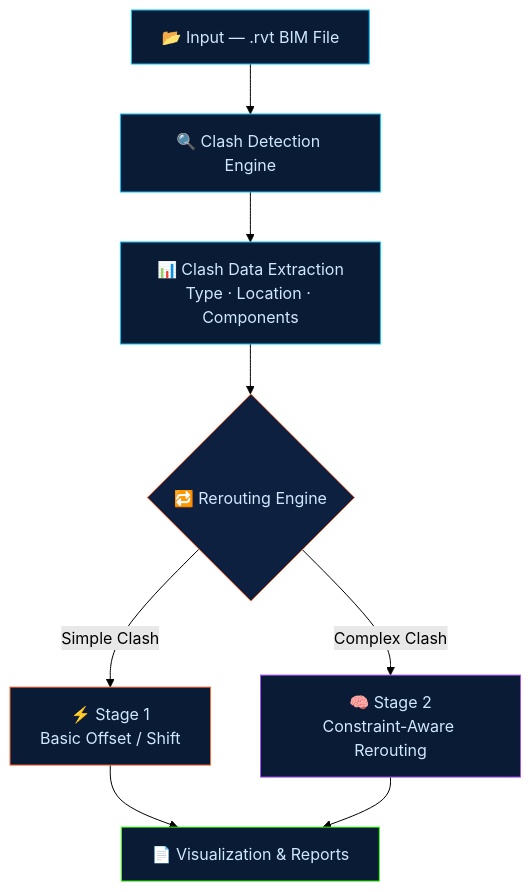
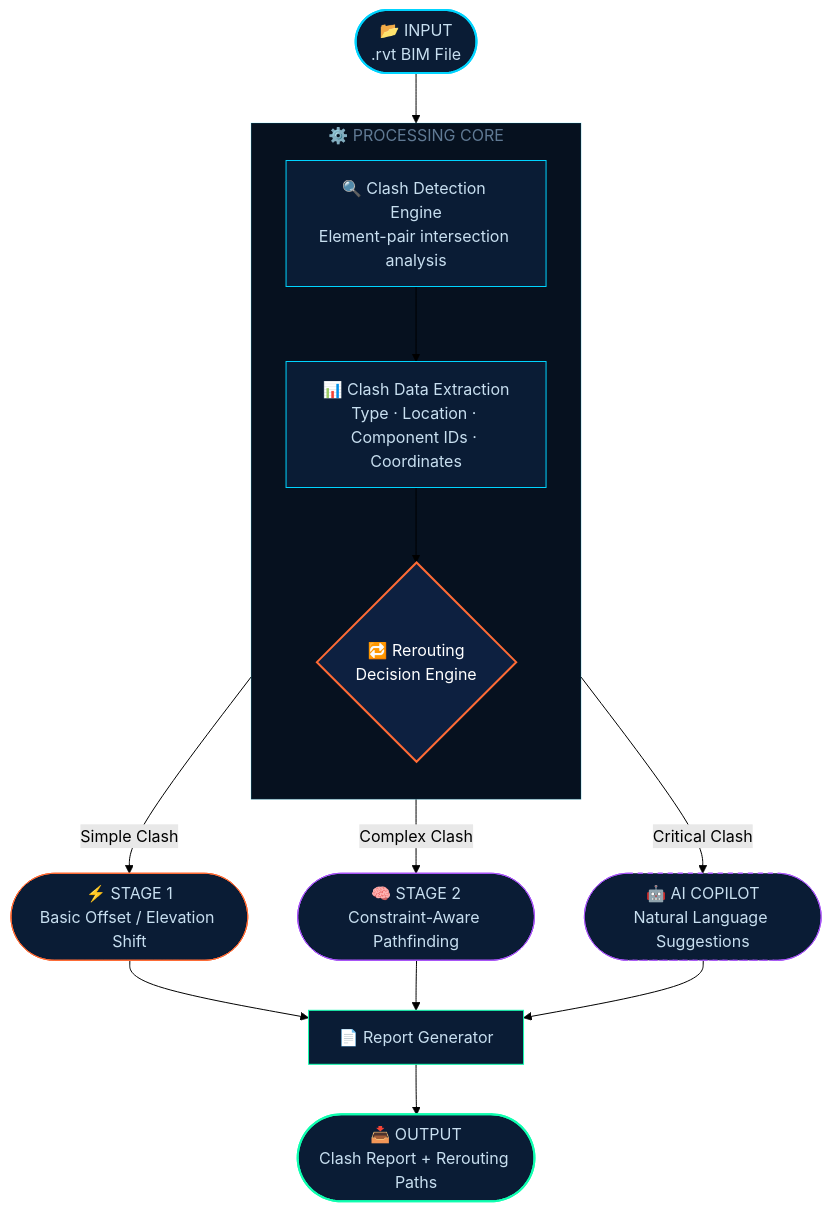
Before and after one commit to AakashKavediya/Visionaries_Orchathon: the diagram in README.md, drawn with Mermaid (forest theme). The commit also changed other lines of this file, not shown here.

````diff
--- a/README.md
+++ b/README.md
@@ -65,18 +139,32 @@
 ```mermaid
 flowchart TD
-    A[📂 Input — .rvt BIM File] --> B[🔍 Clash Detection Engine]
-    B --> C[📊 Clash Data Extraction\nType · Location · Components]
-    C --> D{🔁 Rerouting Engine}
-    D -->|Simple Clash| E[⚡ Stage 1\nBasic Offset / Shift]
-    D -->|Complex Clash| F[🧠 Stage 2\nConstraint-Aware Rerouting]
-    E --> G[📄 Visualization & Reports]
-    F --> G
+    A([📂 INPUT\n.rvt BIM File]) --> B
 
-    style A fill:#0a1c35,stroke:#00c8ff,color:#d0e8ff
-    style B fill:#0a1c35,stroke:#00c8ff,color:#d0e8ff
-    style C fill:#0a1c35,stroke:#00c8ff,color:#d0e8ff
-    style D fill:#0d2040,stroke:#ff6b35,color:#d0e8ff
-    style E fill:#0a1c35,stroke:#ff6b35,color:#d0e8ff
-    style F fill:#0a1c35,stroke:#a855f7,color:#d0e8ff
-    style G fill:#0a1c35,stroke:#39ff14,color:#d0e8ff
+    subgraph ENGINE["⚙️ PROCESSING CORE"]
+        direction TB
+        B[🔍 Clash Detection Engine\nElement-pair intersection analysis]
+        B --> C[📊 Clash Data Extraction\nType · Location · Component IDs · Coordinates]
+        C --> D{🔁 Rerouting\nDecision Engine}
+    end
+
+    D -->|Simple Clash| E([⚡ STAGE 1\nBasic Offset / Elevation Shift])
+    D -->|Complex Clash| F([🧠 STAGE 2\nConstraint-Aware Pathfinding])
+    D -->|Critical Clash| G([🤖 AI COPILOT\nNatural Language Suggestions])
+
+    E --> H[📄 Report Generator]
+    F --> H
+    G --> H
+
+    H --> I([📥 OUTPUT\nClash Report + Rerouting Paths])
+
+    style A fill:#0a1c35,stroke:#00d4ff,stroke-width:2px,color:#c8dff0
+    style B fill:#0a1c35,stroke:#00d4ff,color:#c8dff0
+    style C fill:#0a1c35,stroke:#00d4ff,color:#c8dff0
+    style D fill:#0d2040,stroke:#ff6b35,stroke-width:2px,color:#ffffff
+    style E fill:#0a1c35,stroke:#ff6b35,color:#c8dff0
+    style F fill:#0a1c35,stroke:#a855f7,color:#c8dff0
+    style G fill:#0a1c35,stroke:#a855f7,stroke-dasharray:5,color:#c8dff0
+    style H fill:#0a1c35,stroke:#10ffb0,color:#c8dff0
+    style I fill:#0a1c35,stroke:#10ffb0,stroke-width:2px,color:#c8dff0
+    style ENGINE fill:#06111f,stroke:#00d4ff33,color:#607a94
 ```
````
